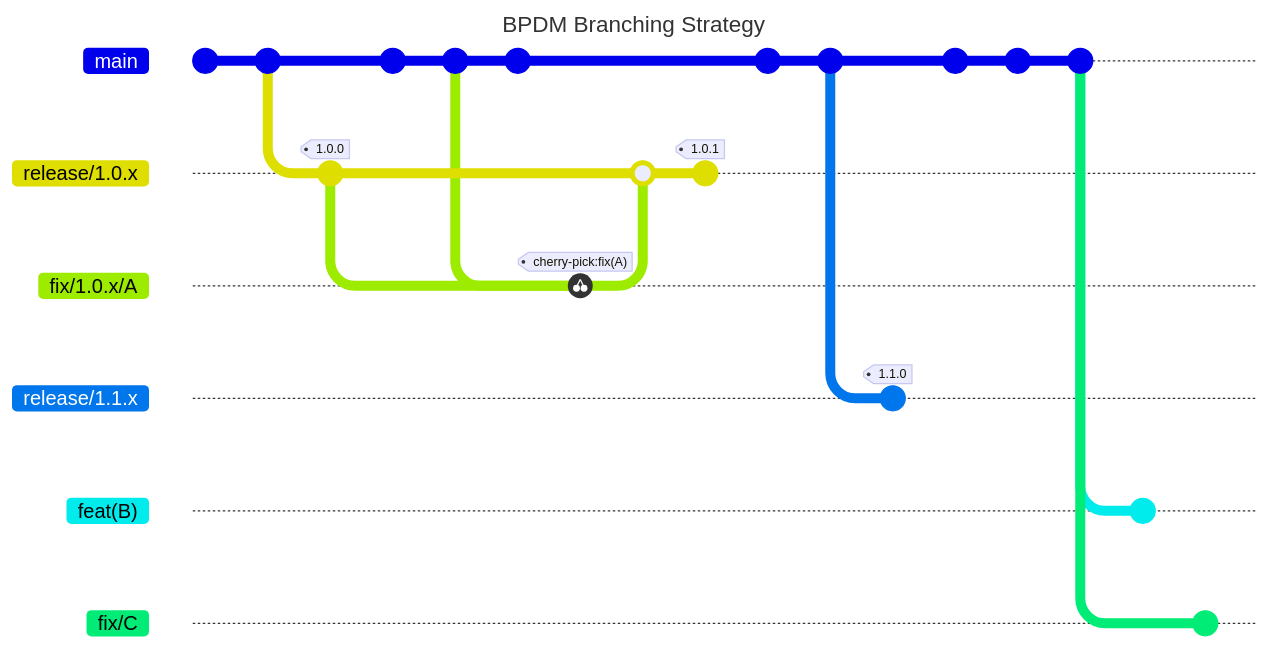
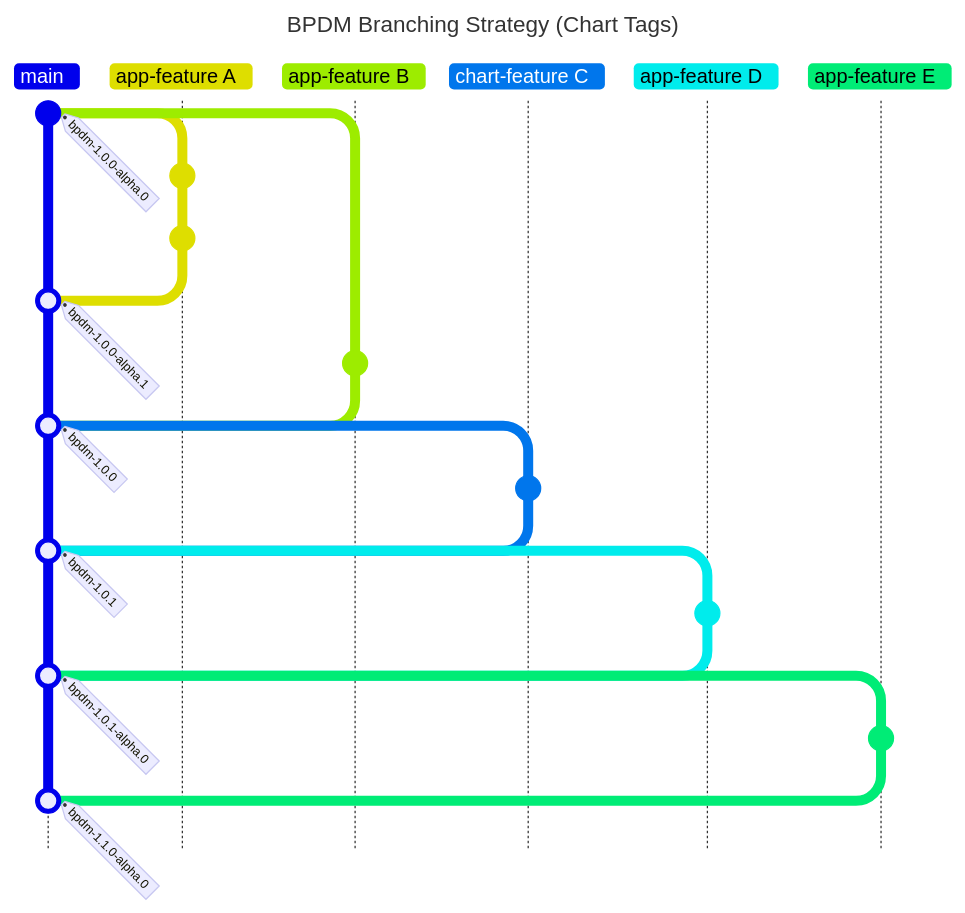
One commit to eclipse-tractusx/bpdm changed the second of 2 diagrams in docs/developer/README.md. Above: the diagram before and after it, drawn with Mermaid. The commit also changed other lines of this file and 2 other files, not shown here. Commit ids are hidden.

Commit message:
cicd: create docker image tags based on maven versioning
- now only deploy docker images when the apps have been changed
- deploy snapshot or release version based on maven version

````diff
--- a/docs/developer/README.md
+++ b/docs/developer/README.md
@@ -41,39 +72,30 @@
 ```mermaid
 ---
-title: BPDM Branching Strategy
+title: BPDM Branching Strategy (Chart Tags)
 ---
-gitGraph
+gitGraph TB:
+    commit tag: "bpdm-1.0.0-alpha.0"
+    branch "app-feature A"
+    branch "app-feature B"
+    checkout "app-feature A"
     commit
     commit
-    branch "release/1.0.x"
-    checkout "release/1.0.x"
-    commit id: "ver(1.0.0)" tag: "1.0.0"
-
-    checkout main
-    commit id: "ver(0.1.0-SNAPSHOT)"
-    commit id: "fix(A)"
+    checkout "main"
+    merge "app-feature A" tag:  "bpdm-1.0.0-alpha.1"
+    checkout "app-feature B"
     commit
-    checkout "release/1.0.x"
-    branch "fix/1.0.x/A"
-    cherry-pick id: "fix(A)"
-    checkout "release/1.0.x"
-    merge "fix/1.0.x/A"
-
-    checkout "release/1.0.x"
-    commit id: "ver(1.0.1)" tag: "1.0.1"
-    checkout main
+    checkout "main"
+    merge "app-feature B" tag: "bpdm-1.0.0"
+    branch "chart-feature C"
     commit
+    checkout "main"
+    merge "chart-feature C" tag: "bpdm-1.0.1"
+    branch "app-feature D"
     commit
-    branch "release/1.1.x"
-    checkout "release/1.1.x"
-    commit id: "ver(1.1.0)" tag: "1.1.0"
-    checkout main
-    commit id: "ver(1.2.0-SNAPSHOT)"
+    checkout "main"
+    merge "app-feature D" tag: "bpdm-1.0.1-alpha.0"
+    branch "app-feature E"
     commit
-    commit id: "ver(2.0.0-SNAPSHOT)"
-    branch "feat(B)"
-    commit id: "feat(B)"
-    checkout main
-    branch "fix/C"
-    commit id: "fix(C)"
+    checkout "main"
+    merge "app-feature E" tag: "bpdm-1.1.0-alpha.0"
 ```
````
